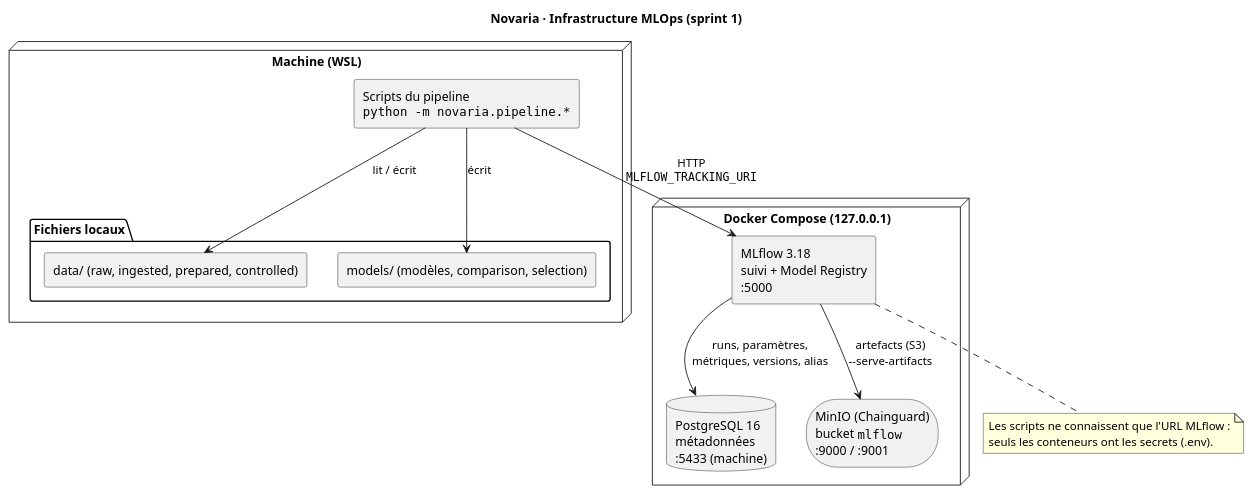
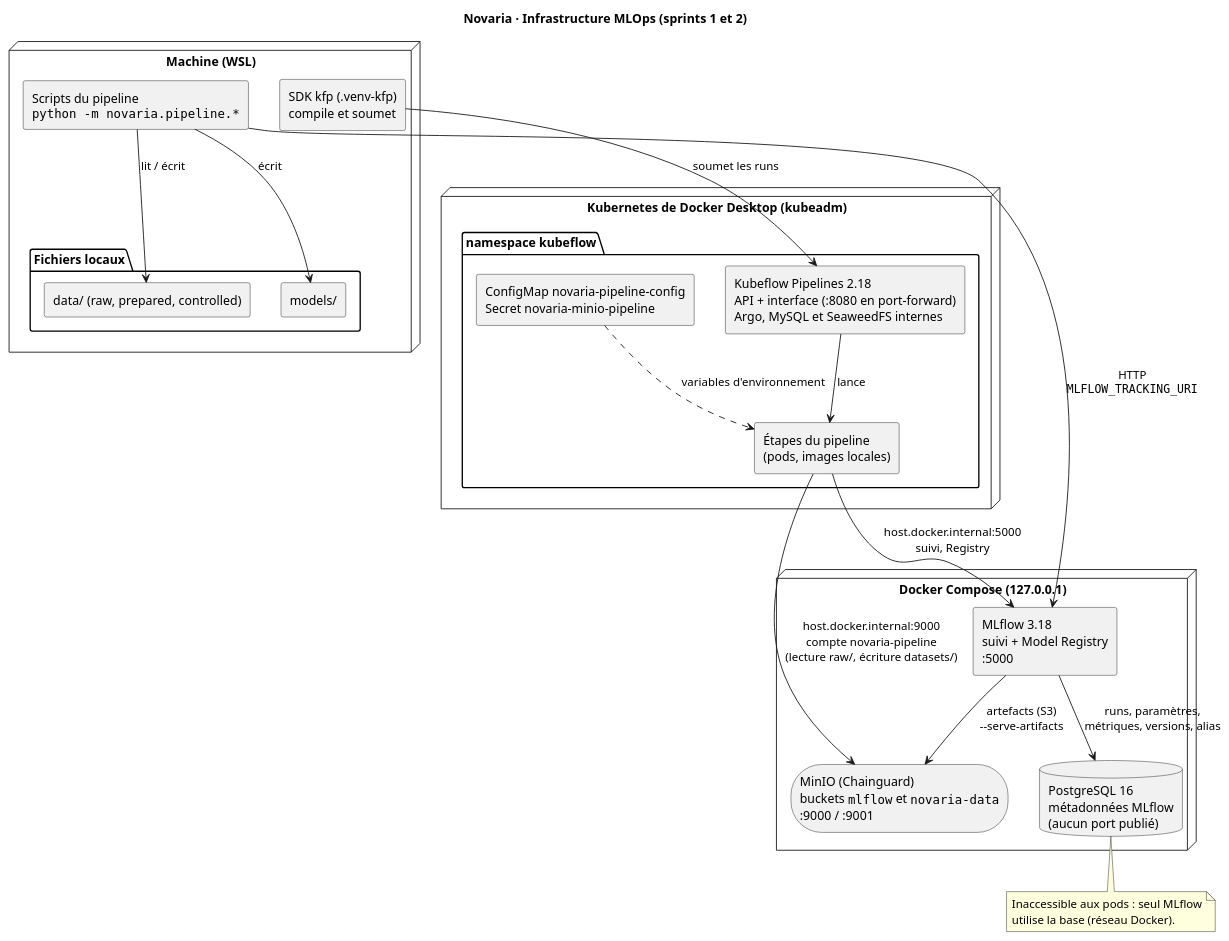
The second of 2 diagrams in docs/workflow.puml (TsioryRobson/smart-city), drawn with PlantUML before and after one commit. The commit also changed 26 other files, not shown here.

```diff
--- a/docs/workflow.puml
+++ b/docs/workflow.puml
@@ -120,33 +120,47 @@
-@startuml infrastructure_sprint1
-' Composants du sprint 1 et leurs échanges.
-title Novaria · Infrastructure MLOps (sprint 1)
+@startuml infrastructure
+' Composants de l'infrastructure (sprints 1 et 2) et leurs échanges.
+title Novaria · Infrastructure MLOps (sprints 1 et 2)
 
 skinparam shadowing false
 skinparam defaultFontName Arial
 skinparam componentStyle rectangle
 
 node "Machine (WSL)" {
   component "Scripts du pipeline\n""python -m novaria.pipeline.*""" as scripts
+  component "SDK kfp (.venv-kfp)\ncompile et soumet" as sdk
   folder "Fichiers locaux" {
-    [data/ (raw, ingested, prepared, controlled)] as data
-    [models/ (modèles, comparison, selection)] as models
+    [data/ (raw, prepared, controlled)] as data
+    [models/] as models
   }
 }
 
 node "Docker Compose (127.0.0.1)" {
   component "MLflow 3.18\nsuivi + Model Registry\n:5000" as mlflow
-  database "PostgreSQL 16\nmétadonnées\n:5433 (machine)" as postgres
-  storage "MinIO (Chainguard)\nbucket ""mlflow""\n:9000 / :9001" as minio
+  database "PostgreSQL 16\nmétadonnées MLflow\n(aucun port publié)" as postgres
+  storage "MinIO (Chainguard)\nbuckets ""mlflow"" et ""novaria-data""\n:9000 / :9001" as minio
+}
+
+node "Kubernetes de Docker Desktop (kubeadm)" {
+  package "namespace kubeflow" {
+    component "Kubeflow Pipelines 2.18\nAPI + interface (:8080 en port-forward)\nArgo, MySQL et SeaweedFS internes" as kfp
+    component "Étapes du pipeline\n(pods, images locales)" as steps
+    [ConfigMap novaria-pipeline-config\nSecret novaria-minio-pipeline] as config
+  }
 }
 
 scripts --> data : lit / écrit
 scripts --> models : écrit
 scripts --> mlflow : HTTP\n""MLFLOW_TRACKING_URI""
+sdk --> kfp : soumet les runs
+kfp --> steps : lance
+config ..> steps : variables d'environnement
+steps --> mlflow : host.docker.internal:5000\nsuivi, Registry
+steps --> minio : host.docker.internal:9000\ncompte novaria-pipeline\n(lecture raw/, écriture datasets/)
 mlflow --> postgres : runs, paramètres,\nmétriques, versions, alias
 mlflow --> minio : artefacts (S3)\n--serve-artifacts
 
-note bottom of mlflow
-  Les scripts ne connaissent que l'URL MLflow :
-  seuls les conteneurs ont les secrets (.env).
+note bottom of postgres
+  Inaccessible aux pods : seul MLflow
+  utilise la base (réseau Docker).
 end note
 @enduml
```
